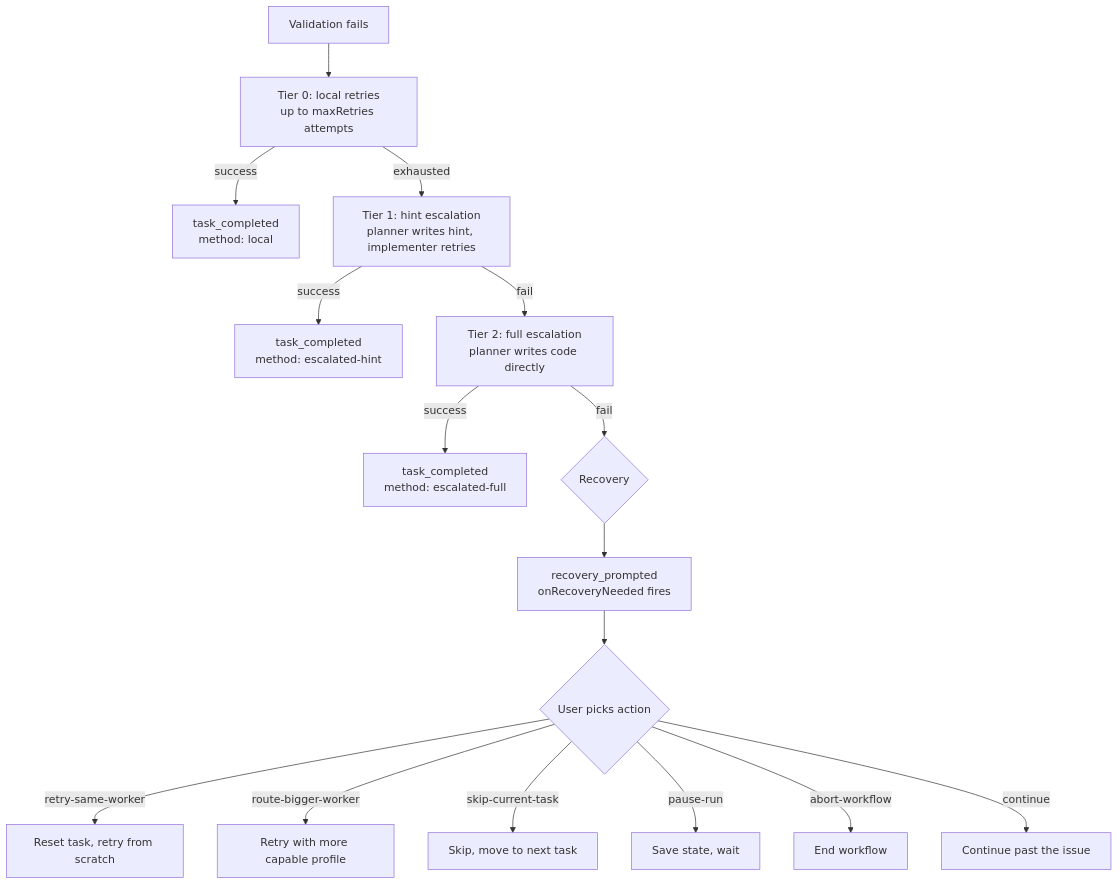
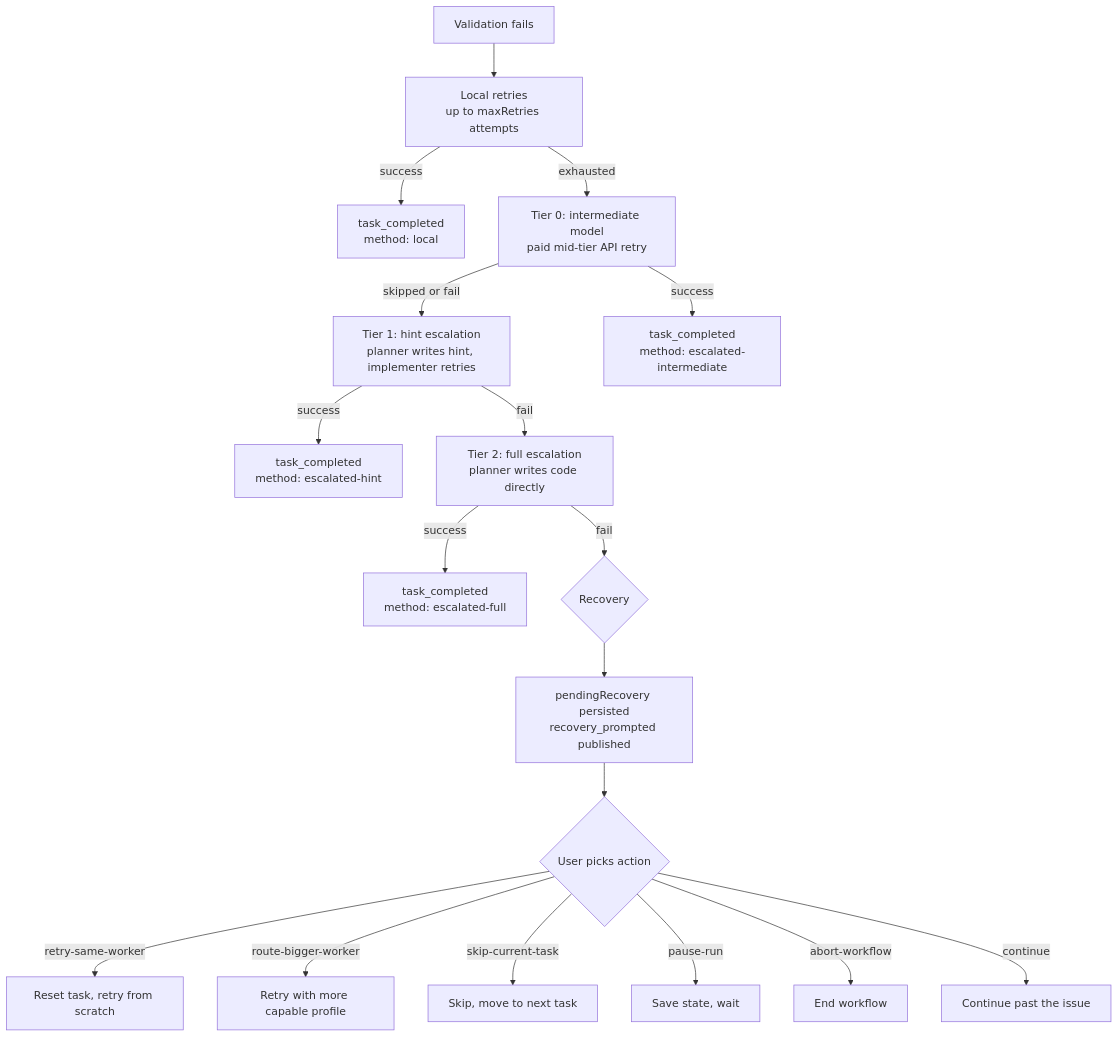
The diagram in docs/APPROVAL-AND-RECOVERY.md (b4r7x/splitbrief), drawn with Mermaid before and after one commit. The commit also changed other lines of this file and 767 other files, not shown here.

````diff
--- a/docs/APPROVAL-AND-RECOVERY.md
+++ b/docs/APPROVAL-AND-RECOVERY.md
@@ -122,18 +124,20 @@
 ```mermaid
 flowchart TD
-    VF[Validation fails] --> T0[Tier 0: local retries<br/>up to maxRetries attempts]
-    T0 -->|success| DONE[task_completed<br/>method: local]
-    T0 -->|exhausted| T1[Tier 1: hint escalation<br/>planner writes hint, implementer retries]
+    VF[Validation fails] --> LR[Local retries<br/>up to maxRetries attempts]
+    LR -->|success| DONE[task_completed<br/>method: local]
+    LR -->|exhausted| T0[Tier 0: intermediate model<br/>paid mid-tier API retry]
+    T0 -->|skipped or fail| T1[Tier 1: hint escalation<br/>planner writes hint, implementer retries]
+    T0 -->|success| DONE0[task_completed<br/>method: escalated-intermediate]
     T1 -->|success| DONE1[task_completed<br/>method: escalated-hint]
     T1 -->|fail| T2[Tier 2: full escalation<br/>planner writes code directly]
     T2 -->|success| DONE2[task_completed<br/>method: escalated-full]
     T2 -->|fail| REC{Recovery}
-    REC --> PROMPT[recovery_prompted<br/>onRecoveryNeeded fires]
+    REC --> PROMPT[pendingRecovery persisted<br/>recovery_prompted published]
     PROMPT --> USER{User picks action}
     USER -->|retry-same-worker| RESET[Reset task, retry from scratch]
     USER -->|route-bigger-worker| BIGGER[Retry with more capable profile]
     USER -->|skip-current-task| SKIP[Skip, move to next task]
     USER -->|pause-run| PAUSE[Save state, wait]
     USER -->|abort-workflow| ABORT[End workflow]
     USER -->|continue| CONT[Continue past the issue]
 ```
````
